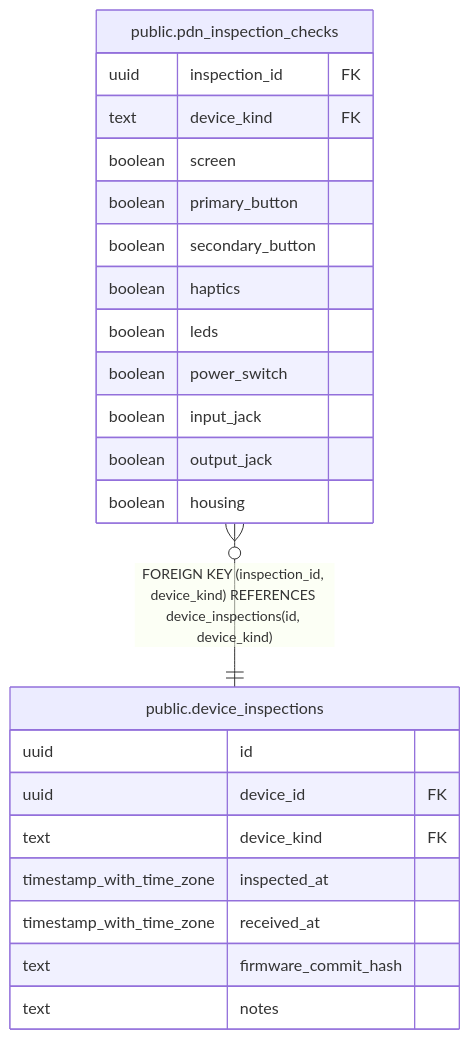
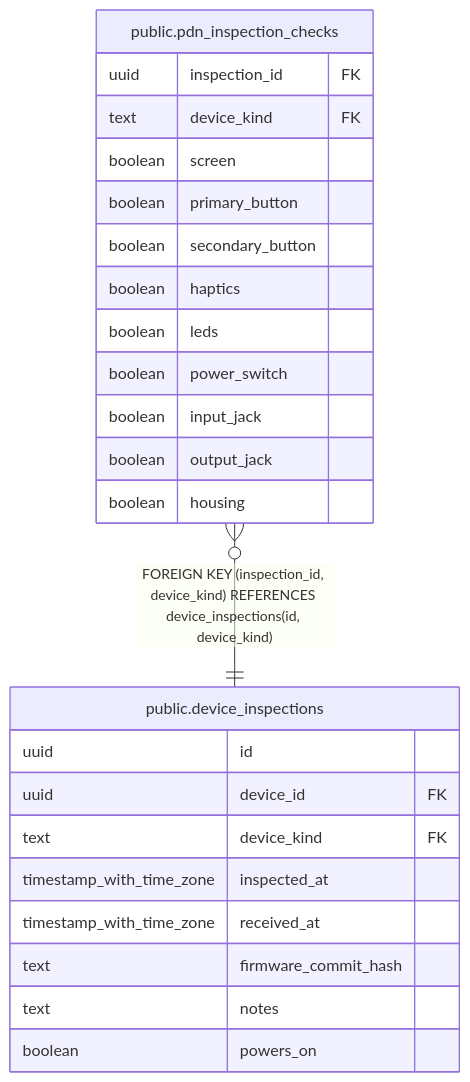
One commit to alleycatassetacquisitions/alleycat-rs changed the diagram in docs/database/schema/public.pdn_inspection_checks.md. Above: the diagram before and after it, drawn with Mermaid. The commit also changed 16 other files, not shown here.

````diff
--- a/docs/database/schema/public.pdn_inspection_checks.md
+++ b/docs/database/schema/public.pdn_inspection_checks.md
@@ -41,28 +41,29 @@
 ```mermaid
 erDiagram
 
 "public.pdn_inspection_checks" }o--|| "public.device_inspections" : "FOREIGN KEY (inspection_id, device_kind) REFERENCES device_inspections(id, device_kind)"
 
 "public.pdn_inspection_checks" {
   uuid inspection_id FK
   text device_kind FK
   boolean screen
   boolean primary_button
   boolean secondary_button
   boolean haptics
   boolean leds
   boolean power_switch
   boolean input_jack
   boolean output_jack
   boolean housing
 }
 "public.device_inspections" {
   uuid id
   uuid device_id FK
   text device_kind FK
   timestamp_with_time_zone inspected_at
   timestamp_with_time_zone received_at
   text firmware_commit_hash
   text notes
+  boolean powers_on
 }
 ```
````
